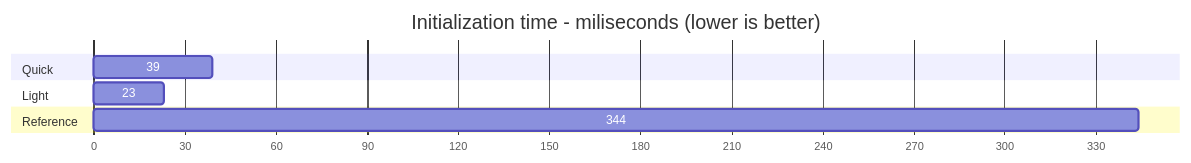
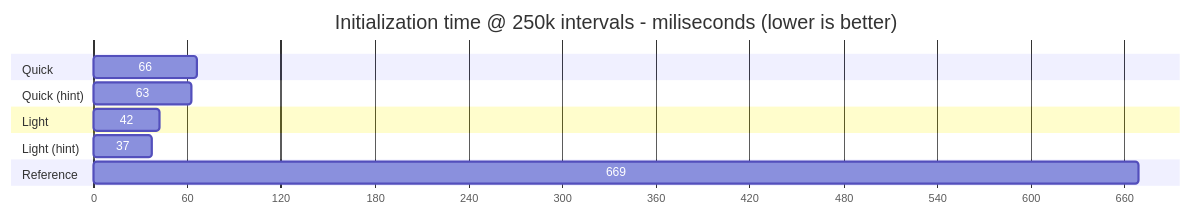
The second of 3 diagrams in README.md (jamarino/IntervalTree), drawn with Mermaid before and after one commit. The commit also changed other lines of this file, not shown here.

````diff
--- a/README.md
+++ b/README.md
@@ -48,13 +50,17 @@
 ```mermaid
 gantt
-    title Initialization time - miliseconds (lower is better)
+    title Initialization time @ 250k intervals - miliseconds (lower is better) 
     dateFormat X
     axisFormat %s
 
     section Quick
-    39 : 0, 39
+    66 : 0, 66
+    section Quick (hint)
+    63 : 0, 63
     section Light
-    23 : 0, 23
+    42 : 0, 42
+    section Light (hint)
+    37 : 0, 37
     section Reference
-    344  : 0, 344
+    669  : 0, 669
 ```
````
